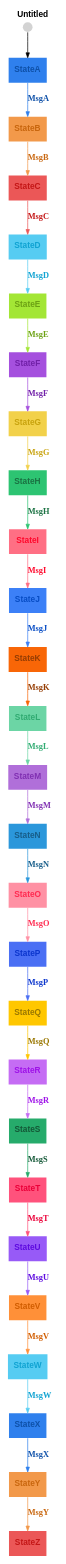
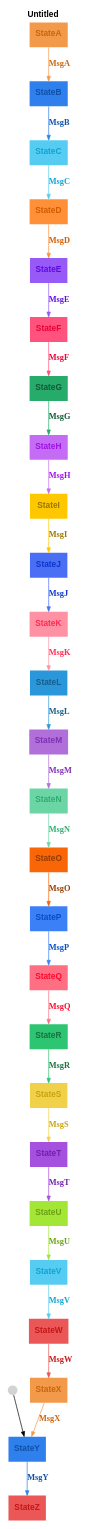
The diagram in graphs/color-test.dot (m-bock/purescript-transit), drawn with Graphviz before and after one commit. The commit also changed 5 other files, not shown here.

```diff
--- a/graphs/color-test.dot
+++ b/graphs/color-test.dot
@@ -1,57 +1,57 @@
 digraph 
 {
 rankdir = "TD";fontname = "Arial";label = <<b>Untitled</b>>;labelloc = "t";fontsize = 12
-StateA [shape = "box", label = <<b>StateA</b>>, fontsize = 12, style = "filled", fillcolor = "#2f80ed", fontcolor = "#0e50a8", fontname = "Arial", labelloc = "c", penwidth = 0.0]
+StateY [shape = "box", label = <<b>StateY</b>>, fontsize = 12, style = "filled", fillcolor = "#2f80ed", fontcolor = "#0e50a8", fontname = "Arial", labelloc = "c", penwidth = 0.0]
 __Start__ [shape = "circle", label = "", width = 0.2, height = 0.2, fixedsize = true, style = "filled", penwidth = 0.0]
-__Start__ -> StateA [arrowsize = "0.7"]
-StateA -> StateB [label = <<b>MsgA</b>>, fontcolor = "#0e50a8", color = "#2f80ed", fontsize = 12, arrowsize = "0.7"]
-StateB [shape = "box", label = <<b>StateB</b>>, fontsize = 12, style = "filled", fillcolor = "#f2994a", fontcolor = "#c8660e", fontname = "Arial", labelloc = "c", penwidth = 0.0]
-StateB -> StateC [label = <<b>MsgB</b>>, fontcolor = "#c8660e", color = "#f2994a", fontsize = 12, arrowsize = "0.7"]
-StateC [shape = "box", label = <<b>StateC</b>>, fontsize = 12, style = "filled", fillcolor = "#eb5757", fontcolor = "#c41717", fontname = "Arial", labelloc = "c", penwidth = 0.0]
-StateC -> StateD [label = <<b>MsgC</b>>, fontcolor = "#c41717", color = "#eb5757", fontsize = 12, arrowsize = "0.7"]
-StateD [shape = "box", label = <<b>StateD</b>>, fontsize = 12, style = "filled", fillcolor = "#56ccf2", fontcolor = "#10a3d2", fontname = "Arial", labelloc = "c", penwidth = 0.0]
-StateD -> StateE [label = <<b>MsgD</b>>, fontcolor = "#10a3d2", color = "#56ccf2", fontsize = 12, arrowsize = "0.7"]
-StateE [shape = "box", label = <<b>StateE</b>>, fontsize = 12, style = "filled", fillcolor = "#a3e635", fontcolor = "#6ca114", fontname = "Arial", labelloc = "c", penwidth = 0.0]
-StateE -> StateF [label = <<b>MsgE</b>>, fontcolor = "#6ca114", color = "#a3e635", fontsize = 12, arrowsize = "0.7"]
-StateF [shape = "box", label = <<b>StateF</b>>, fontsize = 12, style = "filled", fillcolor = "#a550de", fontcolor = "#7120a8", fontname = "Arial", labelloc = "c", penwidth = 0.0]
-StateF -> StateG [label = <<b>MsgF</b>>, fontcolor = "#7120a8", color = "#a550de", fontsize = 12, arrowsize = "0.7"]
-StateG [shape = "box", label = <<b>StateG</b>>, fontsize = 12, style = "filled", fillcolor = "#f2d14a", fontcolor = "#c8a30e", fontname = "Arial", labelloc = "c", penwidth = 0.0]
-StateG -> StateH [label = <<b>MsgG</b>>, fontcolor = "#c8a30e", color = "#f2d14a", fontsize = 12, arrowsize = "0.7"]
-StateH [shape = "box", label = <<b>StateH</b>>, fontsize = 12, style = "filled", fillcolor = "#2dc472", fontcolor = "#1a7142", fontname = "Arial", labelloc = "c", penwidth = 0.0]
-StateH -> StateI [label = <<b>MsgH</b>>, fontcolor = "#1a7142", color = "#2dc472", fontsize = 12, arrowsize = "0.7"]
-StateI [shape = "box", label = <<b>StateI</b>>, fontsize = 12, style = "filled", fillcolor = "#ff6f84", fontcolor = "#ff092d", fontname = "Arial", labelloc = "c", penwidth = 0.0]
-StateI -> StateJ [label = <<b>MsgI</b>>, fontcolor = "#ff092d", color = "#ff6f84", fontsize = 12, arrowsize = "0.7"]
-StateJ [shape = "box", label = <<b>StateJ</b>>, fontsize = 12, style = "filled", fillcolor = "#3c80f7", fontcolor = "#084dc5", fontname = "Arial", labelloc = "c", penwidth = 0.0]
-StateJ -> StateK [label = <<b>MsgJ</b>>, fontcolor = "#084dc5", color = "#3c80f7", fontsize = 12, arrowsize = "0.7"]
-StateK [shape = "box", label = <<b>StateK</b>>, fontsize = 12, style = "filled", fillcolor = "#f86607", fontcolor = "#953d04", fontname = "Arial", labelloc = "c", penwidth = 0.0]
-StateK -> StateL [label = <<b>MsgK</b>>, fontcolor = "#953d04", color = "#f86607", fontsize = 12, arrowsize = "0.7"]
-StateL [shape = "box", label = <<b>StateL</b>>, fontsize = 12, style = "filled", fillcolor = "#6cd5a5", fontcolor = "#31ab72", fontname = "Arial", labelloc = "c", penwidth = 0.0]
-StateL -> StateM [label = <<b>MsgL</b>>, fontcolor = "#31ab72", color = "#6cd5a5", fontsize = 12, arrowsize = "0.7"]
+__Start__ -> StateY [arrowsize = "0.7"]
+StateY -> StateZ [label = <<b>MsgY</b>>, fontcolor = "#0e50a8", color = "#2f80ed", fontsize = 12, arrowsize = "0.7"]
+StateX [shape = "box", label = <<b>StateX</b>>, fontsize = 12, style = "filled", fillcolor = "#f2994a", fontcolor = "#c8660e", fontname = "Arial", labelloc = "c", penwidth = 0.0]
+StateX -> StateY [label = <<b>MsgX</b>>, fontcolor = "#c8660e", color = "#f2994a", fontsize = 12, arrowsize = "0.7"]
+StateW [shape = "box", label = <<b>StateW</b>>, fontsize = 12, style = "filled", fillcolor = "#eb5757", fontcolor = "#c41717", fontname = "Arial", labelloc = "c", penwidth = 0.0]
+StateW -> StateX [label = <<b>MsgW</b>>, fontcolor = "#c41717", color = "#eb5757", fontsize = 12, arrowsize = "0.7"]
+StateV [shape = "box", label = <<b>StateV</b>>, fontsize = 12, style = "filled", fillcolor = "#56ccf2", fontcolor = "#10a3d2", fontname = "Arial", labelloc = "c", penwidth = 0.0]
+StateV -> StateW [label = <<b>MsgV</b>>, fontcolor = "#10a3d2", color = "#56ccf2", fontsize = 12, arrowsize = "0.7"]
+StateU [shape = "box", label = <<b>StateU</b>>, fontsize = 12, style = "filled", fillcolor = "#a3e635", fontcolor = "#6ca114", fontname = "Arial", labelloc = "c", penwidth = 0.0]
+StateU -> StateV [label = <<b>MsgU</b>>, fontcolor = "#6ca114", color = "#a3e635", fontsize = 12, arrowsize = "0.7"]
+StateT [shape = "box", label = <<b>StateT</b>>, fontsize = 12, style = "filled", fillcolor = "#a550de", fontcolor = "#7120a8", fontname = "Arial", labelloc = "c", penwidth = 0.0]
+StateT -> StateU [label = <<b>MsgT</b>>, fontcolor = "#7120a8", color = "#a550de", fontsize = 12, arrowsize = "0.7"]
+StateS [shape = "box", label = <<b>StateS</b>>, fontsize = 12, style = "filled", fillcolor = "#f2d14a", fontcolor = "#c8a30e", fontname = "Arial", labelloc = "c", penwidth = 0.0]
+StateS -> StateT [label = <<b>MsgS</b>>, fontcolor = "#c8a30e", color = "#f2d14a", fontsize = 12, arrowsize = "0.7"]
+StateR [shape = "box", label = <<b>StateR</b>>, fontsize = 12, style = "filled", fillcolor = "#2dc472", fontcolor = "#1a7142", fontname = "Arial", labelloc = "c", penwidth = 0.0]
+StateR -> StateS [label = <<b>MsgR</b>>, fontcolor = "#1a7142", color = "#2dc472", fontsize = 12, arrowsize = "0.7"]
+StateQ [shape = "box", label = <<b>StateQ</b>>, fontsize = 12, style = "filled", fillcolor = "#ff6f84", fontcolor = "#ff092d", fontname = "Arial", labelloc = "c", penwidth = 0.0]
+StateQ -> StateR [label = <<b>MsgQ</b>>, fontcolor = "#ff092d", color = "#ff6f84", fontsize = 12, arrowsize = "0.7"]
+StateP [shape = "box", label = <<b>StateP</b>>, fontsize = 12, style = "filled", fillcolor = "#3c80f7", fontcolor = "#084dc5", fontname = "Arial", labelloc = "c", penwidth = 0.0]
+StateP -> StateQ [label = <<b>MsgP</b>>, fontcolor = "#084dc5", color = "#3c80f7", fontsize = 12, arrowsize = "0.7"]
+StateO [shape = "box", label = <<b>StateO</b>>, fontsize = 12, style = "filled", fillcolor = "#f86607", fontcolor = "#953d04", fontname = "Arial", labelloc = "c", penwidth = 0.0]
+StateO -> StateP [label = <<b>MsgO</b>>, fontcolor = "#953d04", color = "#f86607", fontsize = 12, arrowsize = "0.7"]
+StateN [shape = "box", label = <<b>StateN</b>>, fontsize = 12, style = "filled", fillcolor = "#6cd5a5", fontcolor = "#31ab72", fontname = "Arial", labelloc = "c", penwidth = 0.0]
+StateN -> StateO [label = <<b>MsgN</b>>, fontcolor = "#31ab72", color = "#6cd5a5", fontsize = 12, arrowsize = "0.7"]
 StateM [shape = "box", label = <<b>StateM</b>>, fontsize = 12, style = "filled", fillcolor = "#b06fd9", fontcolor = "#8030b2", fontname = "Arial", labelloc = "c", penwidth = 0.0]
 StateM -> StateN [label = <<b>MsgM</b>>, fontcolor = "#8030b2", color = "#b06fd9", fontsize = 12, arrowsize = "0.7"]
-StateN [shape = "box", label = <<b>StateN</b>>, fontsize = 12, style = "filled", fillcolor = "#2b97db", fontcolor = "#175d89", fontname = "Arial", labelloc = "c", penwidth = 0.0]
-StateN -> StateO [label = <<b>MsgN</b>>, fontcolor = "#175d89", color = "#2b97db", fontsize = 12, arrowsize = "0.7"]
-StateO [shape = "box", label = <<b>StateO</b>>, fontsize = 12, style = "filled", fillcolor = "#ff91a4", fontcolor = "#ff2b51", fontname = "Arial", labelloc = "c", penwidth = 0.0]
-StateO -> StateP [label = <<b>MsgO</b>>, fontcolor = "#ff2b51", color = "#ff91a4", fontsize = 12, arrowsize = "0.7"]
-StateP [shape = "box", label = <<b>StateP</b>>, fontsize = 12, style = "filled", fillcolor = "#4a6ff4", fontcolor = "#0c36cd", fontname = "Arial", labelloc = "c", penwidth = 0.0]
-StateP -> StateQ [label = <<b>MsgP</b>>, fontcolor = "#0c36cd", color = "#4a6ff4", fontsize = 12, arrowsize = "0.7"]
-StateQ [shape = "box", label = <<b>StateQ</b>>, fontsize = 12, style = "filled", fillcolor = "#ffc700", fontcolor = "#997700", fontname = "Arial", labelloc = "c", penwidth = 0.0]
-StateQ -> StateR [label = <<b>MsgQ</b>>, fontcolor = "#997700", color = "#ffc700", fontsize = 12, arrowsize = "0.7"]
-StateR [shape = "box", label = <<b>StateR</b>>, fontsize = 12, style = "filled", fillcolor = "#c56cf4", fontcolor = "#9e12e8", fontname = "Arial", labelloc = "c", penwidth = 0.0]
-StateR -> StateS [label = <<b>MsgR</b>>, fontcolor = "#9e12e8", color = "#c56cf4", fontsize = 12, arrowsize = "0.7"]
-StateS [shape = "box", label = <<b>StateS</b>>, fontsize = 12, style = "filled", fillcolor = "#26ab6b", fontcolor = "#145837", fontname = "Arial", labelloc = "c", penwidth = 0.0]
-StateS -> StateT [label = <<b>MsgS</b>>, fontcolor = "#145837", color = "#26ab6b", fontsize = 12, arrowsize = "0.7"]
-StateT [shape = "box", label = <<b>StateT</b>>, fontsize = 12, style = "filled", fillcolor = "#ff527c", fontcolor = "#eb0039", fontname = "Arial", labelloc = "c", penwidth = 0.0]
-StateT -> StateU [label = <<b>MsgT</b>>, fontcolor = "#eb0039", color = "#ff527c", fontsize = 12, arrowsize = "0.7"]
-StateU [shape = "box", label = <<b>StateU</b>>, fontsize = 12, style = "filled", fillcolor = "#975af7", fontcolor = "#5e0be0", fontname = "Arial", labelloc = "c", penwidth = 0.0]
-StateU -> StateV [label = <<b>MsgU</b>>, fontcolor = "#5e0be0", color = "#975af7", fontsize = 12, arrowsize = "0.7"]
-StateV [shape = "box", label = <<b>StateV</b>>, fontsize = 12, style = "filled", fillcolor = "#ff9038", fontcolor = "#d15d00", fontname = "Arial", labelloc = "c", penwidth = 0.0]
-StateV -> StateW [label = <<b>MsgV</b>>, fontcolor = "#d15d00", color = "#ff9038", fontsize = 12, arrowsize = "0.7"]
-StateW [shape = "box", label = <<b>StateW</b>>, fontsize = 12, style = "filled", fillcolor = "#56ccf2", fontcolor = "#10a3d2", fontname = "Arial", labelloc = "c", penwidth = 0.0]
-StateW -> StateX [label = <<b>MsgW</b>>, fontcolor = "#10a3d2", color = "#56ccf2", fontsize = 12, arrowsize = "0.7"]
-StateX [shape = "box", label = <<b>StateX</b>>, fontsize = 12, style = "filled", fillcolor = "#2f80ed", fontcolor = "#0e50a8", fontname = "Arial", labelloc = "c", penwidth = 0.0]
-StateX -> StateY [label = <<b>MsgX</b>>, fontcolor = "#0e50a8", color = "#2f80ed", fontsize = 12, arrowsize = "0.7"]
-StateY [shape = "box", label = <<b>StateY</b>>, fontsize = 12, style = "filled", fillcolor = "#f2994a", fontcolor = "#c8660e", fontname = "Arial", labelloc = "c", penwidth = 0.0]
-StateY -> StateZ [label = <<b>MsgY</b>>, fontcolor = "#c8660e", color = "#f2994a", fontsize = 12, arrowsize = "0.7"]
+StateL [shape = "box", label = <<b>StateL</b>>, fontsize = 12, style = "filled", fillcolor = "#2b97db", fontcolor = "#175d89", fontname = "Arial", labelloc = "c", penwidth = 0.0]
+StateL -> StateM [label = <<b>MsgL</b>>, fontcolor = "#175d89", color = "#2b97db", fontsize = 12, arrowsize = "0.7"]
+StateK [shape = "box", label = <<b>StateK</b>>, fontsize = 12, style = "filled", fillcolor = "#ff91a4", fontcolor = "#ff2b51", fontname = "Arial", labelloc = "c", penwidth = 0.0]
+StateK -> StateL [label = <<b>MsgK</b>>, fontcolor = "#ff2b51", color = "#ff91a4", fontsize = 12, arrowsize = "0.7"]
+StateJ [shape = "box", label = <<b>StateJ</b>>, fontsize = 12, style = "filled", fillcolor = "#4a6ff4", fontcolor = "#0c36cd", fontname = "Arial", labelloc = "c", penwidth = 0.0]
+StateJ -> StateK [label = <<b>MsgJ</b>>, fontcolor = "#0c36cd", color = "#4a6ff4", fontsize = 12, arrowsize = "0.7"]
+StateI [shape = "box", label = <<b>StateI</b>>, fontsize = 12, style = "filled", fillcolor = "#ffc700", fontcolor = "#997700", fontname = "Arial", labelloc = "c", penwidth = 0.0]
+StateI -> StateJ [label = <<b>MsgI</b>>, fontcolor = "#997700", color = "#ffc700", fontsize = 12, arrowsize = "0.7"]
+StateH [shape = "box", label = <<b>StateH</b>>, fontsize = 12, style = "filled", fillcolor = "#c56cf4", fontcolor = "#9e12e8", fontname = "Arial", labelloc = "c", penwidth = 0.0]
+StateH -> StateI [label = <<b>MsgH</b>>, fontcolor = "#9e12e8", color = "#c56cf4", fontsize = 12, arrowsize = "0.7"]
+StateG [shape = "box", label = <<b>StateG</b>>, fontsize = 12, style = "filled", fillcolor = "#26ab6b", fontcolor = "#145837", fontname = "Arial", labelloc = "c", penwidth = 0.0]
+StateG -> StateH [label = <<b>MsgG</b>>, fontcolor = "#145837", color = "#26ab6b", fontsize = 12, arrowsize = "0.7"]
+StateF [shape = "box", label = <<b>StateF</b>>, fontsize = 12, style = "filled", fillcolor = "#ff527c", fontcolor = "#eb0039", fontname = "Arial", labelloc = "c", penwidth = 0.0]
+StateF -> StateG [label = <<b>MsgF</b>>, fontcolor = "#eb0039", color = "#ff527c", fontsize = 12, arrowsize = "0.7"]
+StateE [shape = "box", label = <<b>StateE</b>>, fontsize = 12, style = "filled", fillcolor = "#975af7", fontcolor = "#5e0be0", fontname = "Arial", labelloc = "c", penwidth = 0.0]
+StateE -> StateF [label = <<b>MsgE</b>>, fontcolor = "#5e0be0", color = "#975af7", fontsize = 12, arrowsize = "0.7"]
+StateD [shape = "box", label = <<b>StateD</b>>, fontsize = 12, style = "filled", fillcolor = "#ff9038", fontcolor = "#d15d00", fontname = "Arial", labelloc = "c", penwidth = 0.0]
+StateD -> StateE [label = <<b>MsgD</b>>, fontcolor = "#d15d00", color = "#ff9038", fontsize = 12, arrowsize = "0.7"]
+StateC [shape = "box", label = <<b>StateC</b>>, fontsize = 12, style = "filled", fillcolor = "#56ccf2", fontcolor = "#10a3d2", fontname = "Arial", labelloc = "c", penwidth = 0.0]
+StateC -> StateD [label = <<b>MsgC</b>>, fontcolor = "#10a3d2", color = "#56ccf2", fontsize = 12, arrowsize = "0.7"]
+StateB [shape = "box", label = <<b>StateB</b>>, fontsize = 12, style = "filled", fillcolor = "#2f80ed", fontcolor = "#0e50a8", fontname = "Arial", labelloc = "c", penwidth = 0.0]
+StateB -> StateC [label = <<b>MsgB</b>>, fontcolor = "#0e50a8", color = "#2f80ed", fontsize = 12, arrowsize = "0.7"]
+StateA [shape = "box", label = <<b>StateA</b>>, fontsize = 12, style = "filled", fillcolor = "#f2994a", fontcolor = "#c8660e", fontname = "Arial", labelloc = "c", penwidth = 0.0]
+StateA -> StateB [label = <<b>MsgA</b>>, fontcolor = "#c8660e", color = "#f2994a", fontsize = 12, arrowsize = "0.7"]
 StateZ [shape = "box", label = <<b>StateZ</b>>, fontsize = 12, style = "filled", fillcolor = "#eb5757", fontcolor = "#c41717", fontname = "Arial", labelloc = "c", penwidth = 0.0]
 }
```
